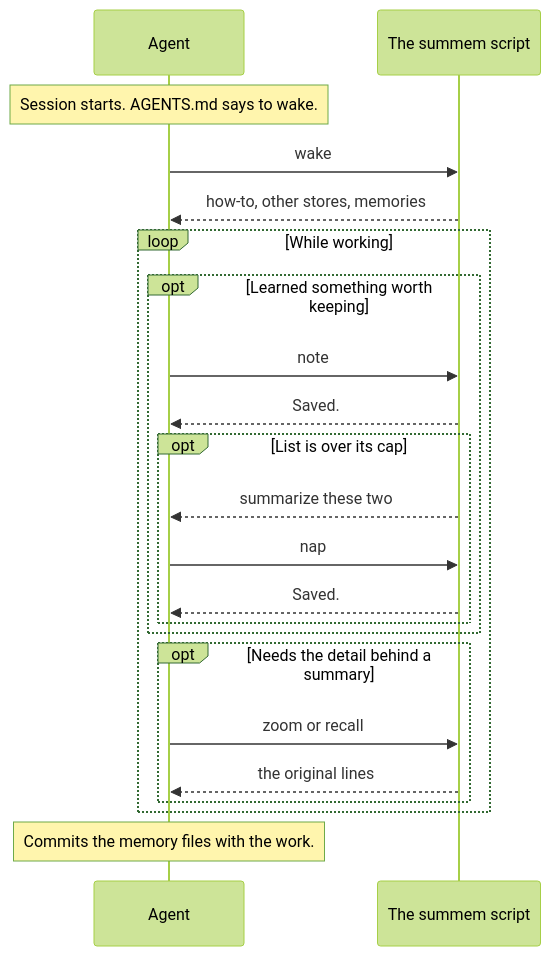
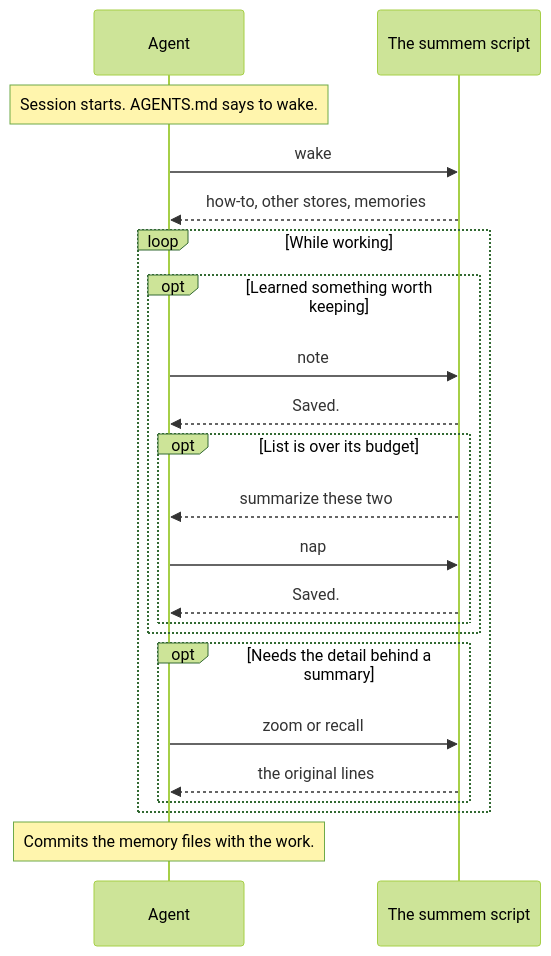
The diagram in docs/user-guide/index.md (Texarkanine/SumMem), drawn with Mermaid (forest theme) before and after one commit. The commit also changed other lines of this file and 29 other files, not shown here.

First line of the commit message:
docs: split architecture into topic pages and apply first review

````diff
--- a/docs/user-guide/index.md
+++ b/docs/user-guide/index.md
@@ -16,25 +14,25 @@
 ```mermaid
 sequenceDiagram
     participant Agent
     participant Script as The summem script
 
     Note over Agent: Session starts. AGENTS.md says to wake.
     Agent->>Script: wake
     Script-->>Agent: how-to, other stores, memories
     loop While working
         opt Learned something worth keeping
             Agent->>Script: note
             Script-->>Agent: Saved.
-            opt List is over its cap
+            opt List is over its budget
                 Script-->>Agent: summarize these two
                 Agent->>Script: nap
                 Script-->>Agent: Saved.
             end
         end
         opt Needs the detail behind a summary
             Agent->>Script: zoom or recall
             Script-->>Agent: the original lines
         end
     end
     Note over Agent: Commits the memory files with the work.
 ```
````
